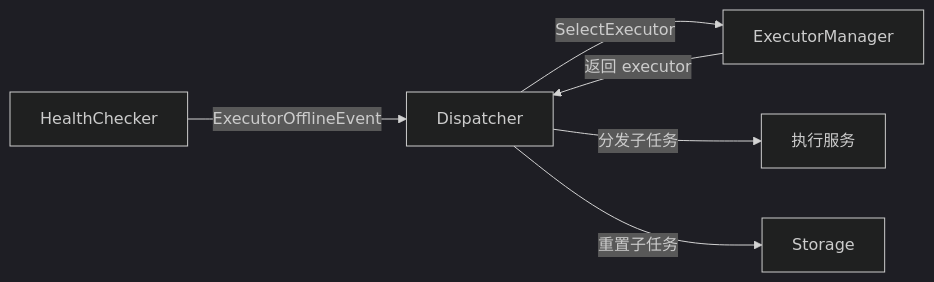
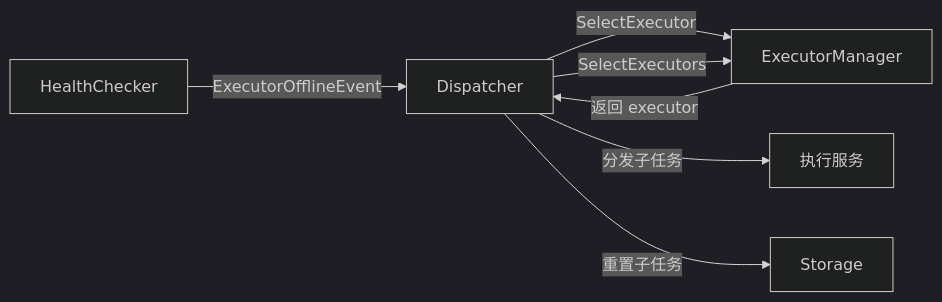
One commit to njuxumq/agent-eval-server changed the first of 3 diagrams in docs/designs/details/scheduler/执行服务管理器设计.md. Above: the diagram before and after it, drawn with Mermaid (dark theme). The commit also changed other lines of this file and 13 other files, not shown here.

````diff
--- a/docs/designs/details/scheduler/执行服务管理器设计.md
+++ b/docs/designs/details/scheduler/执行服务管理器设计.md
@@ -281,8 +319,9 @@
 ```mermaid
 flowchart LR
     DP[Dispatcher] -->|"SelectExecutor"| EM[ExecutorManager]
+    DP -->|"SelectExecutors"| EM
     EM -->|"返回 executor"| DP
     DP -->|"分发子任务"| Executor[执行服务]
     HC[HealthChecker] -->|"ExecutorOfflineEvent"| DP
     DP -->|"重置子任务"| Storage[Storage]
 ```
````
